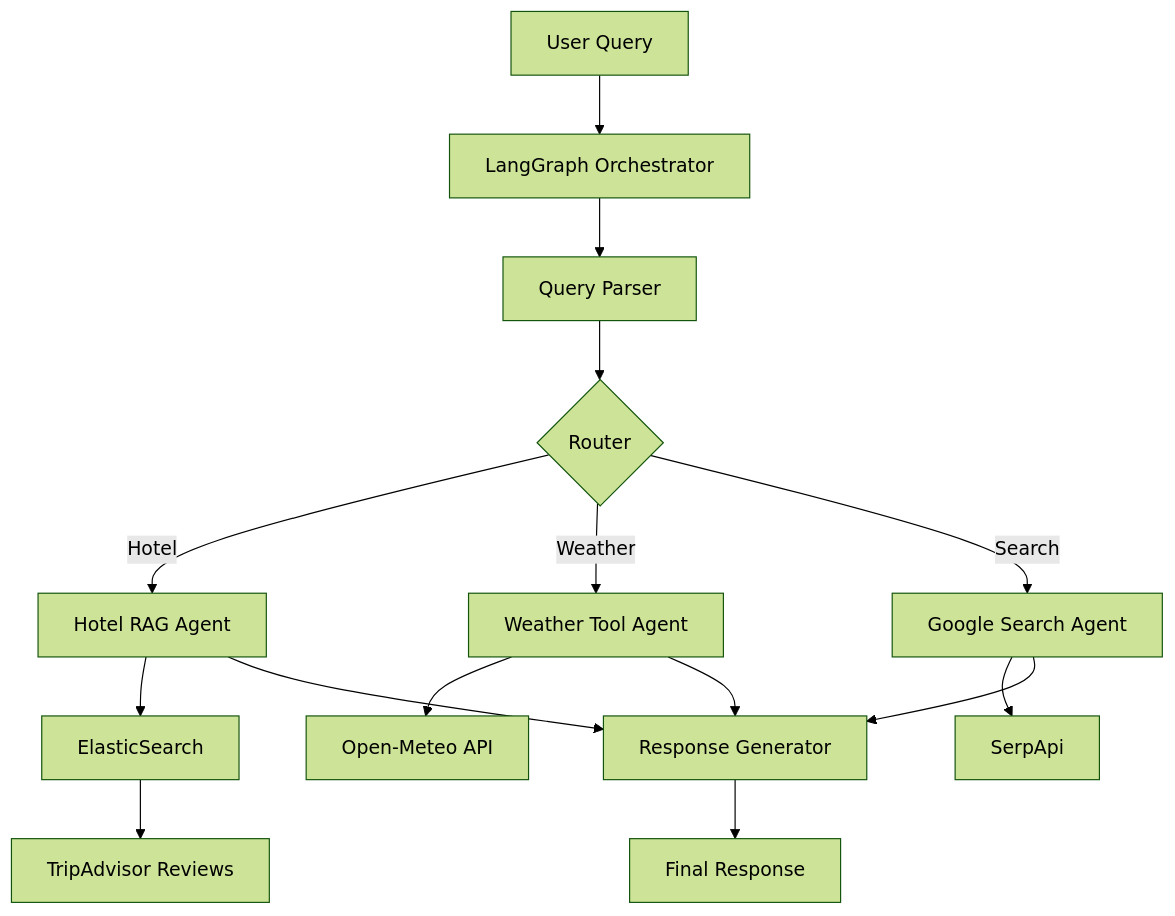
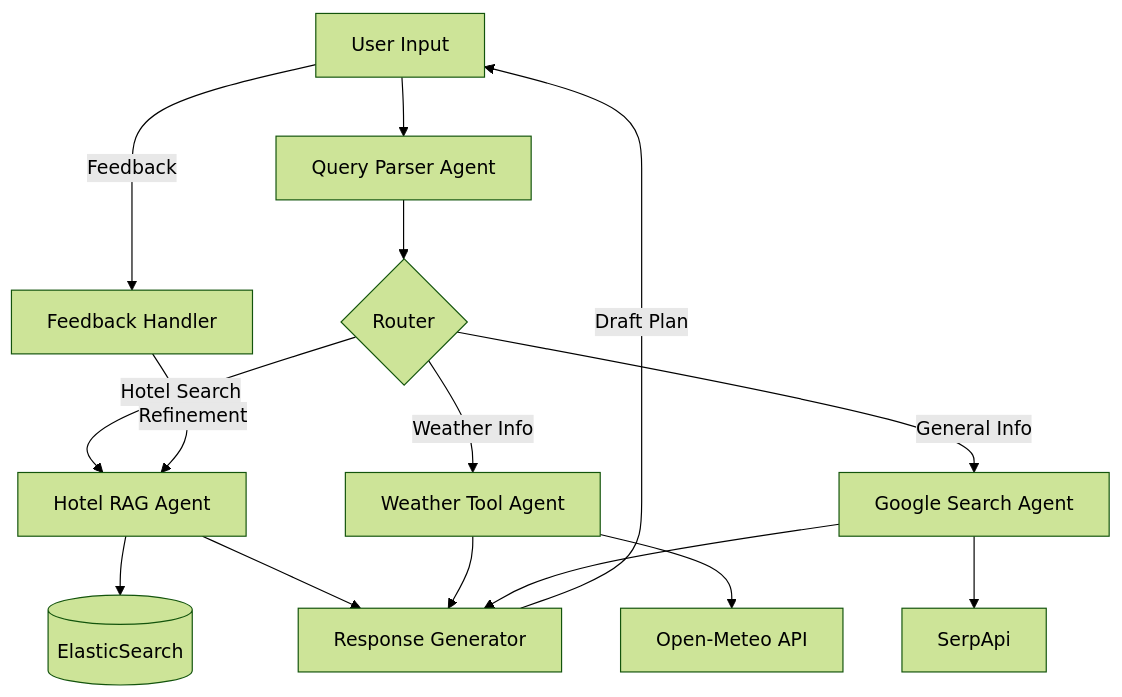
Before and after one commit to Boribobtong/AgenticTravelRAG_Bori: the diagram in README.md, drawn with Mermaid (forest theme). The commit also changed other lines of this file and 6 other files, not shown here.

````diff
--- a/README.md
+++ b/README.md
@@ -54,17 +68,21 @@
 ```mermaid
 graph TD
-    A[User Query] --> B[LangGraph Orchestrator]
-    B --> C[Query Parser]
-    C --> D{Router}
-    D -->|Hotel| E[Hotel RAG Agent]
-    D -->|Weather| F[Weather Tool Agent]
-    D -->|Search| G[Google Search Agent]
-    E --> H[ElasticSearch]
-    H --> I[TripAdvisor Reviews]
-    F --> J[Open-Meteo API]
-    G --> K[SerpApi]
-    E --> L[Response Generator]
-    F --> L
-    G --> L
-    L --> M[Final Response]
+    User[User Input] --> Parser[Query Parser Agent]
+    Parser --> Router{Router}
+    
+    Router -->|Hotel Search| Hotel[Hotel RAG Agent]
+    Router -->|Weather Info| Weather[Weather Tool Agent]
+    Router -->|General Info| Search[Google Search Agent]
+    
+    Hotel --> ES[(ElasticSearch)]
+    Weather --> Meteo[Open-Meteo API]
+    Search --> Serp[SerpApi]
+    
+    Hotel --> Generator[Response Generator]
+    Weather --> Generator
+    Search --> Generator
+    
+    Generator -->|Draft Plan| User
+    User -->|Feedback| Feedback[Feedback Handler]
+    Feedback -->|Refinement| Hotel
 ```
````
